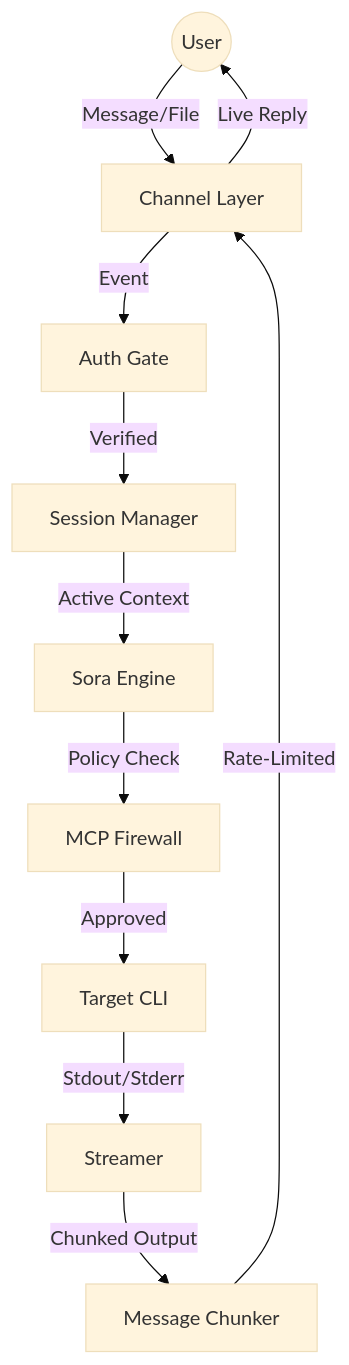
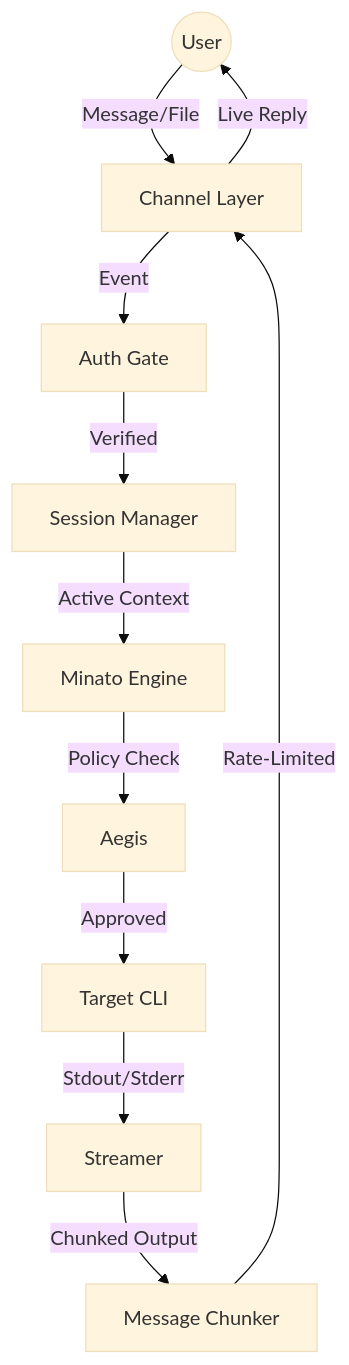
The diagram in docs/ARCHITECTURE.md (kagi-labs/minato), drawn with Mermaid (base theme) before and after one commit. The commit also changed other lines of this file, not shown here.

Commit message:
docs: clean Minato architecture naming

````diff
--- a/docs/ARCHITECTURE.md
+++ b/docs/ARCHITECTURE.md
@@ -27,13 +27,13 @@
 ```mermaid
 graph TD
     User((User)) -->|Message/File| Channel[Channel Layer]
     Channel -->|Event| Auth[Auth Gate]
     Auth -->|Verified| SessionMgr[Session Manager]
-    SessionMgr -->|Active Context| Engine[Sora Engine]
-    Engine -->|Policy Check| Firewall[MCP Firewall]
+    SessionMgr -->|Active Context| Engine[Minato Engine]
+    Engine -->|Policy Check| Firewall[Aegis]
     Firewall -->|Approved| CLI[Target CLI]
     CLI -->|Stdout/Stderr| Streamer[Streamer]
     Streamer -->|Chunked Output| Chunker[Message Chunker]
     Chunker -->|Rate-Limited| Channel
     Channel -->|Live Reply| User
 ```
````
